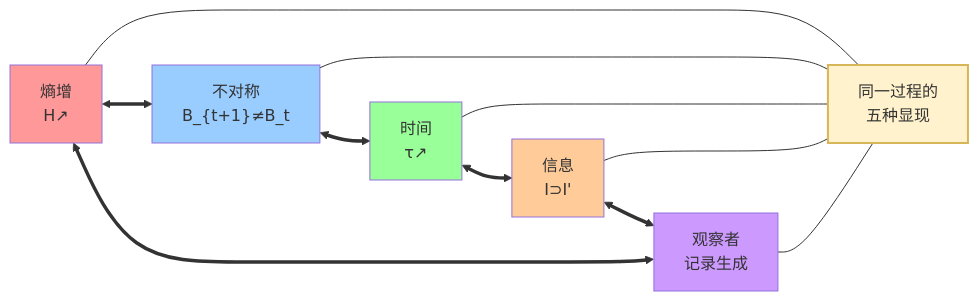
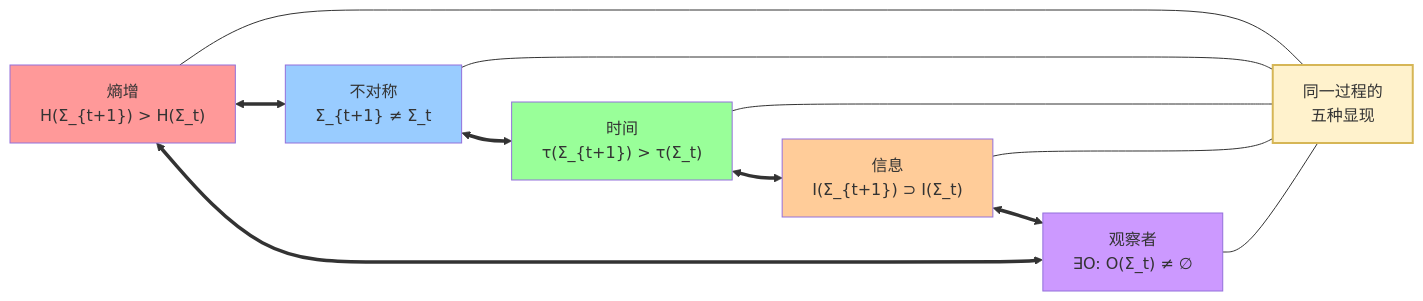
The third of 13 diagrams in docs/appendix_visual.md (loning/zeckendorf-hilbert), drawn with Mermaid before and after one commit. The commit also changed other lines of this file and 11 other files, not shown here.

````diff
--- a/docs/appendix_visual.md
+++ b/docs/appendix_visual.md
@@ -45,21 +49,21 @@
 ```mermaid
 graph LR
-    A["熵增<br/>H↗"] <==> B["不对称<br/>B_{t+1}≠B_t"]
-    B <==> C["时间<br/>τ↗"]
-    C <==> D["信息<br/>I⊃I'"]
-    D <==> E["观察者<br/>记录生成"]
+    A["熵增<br/>H(Σ_{t+1}) > H(Σ_t)"] <==> B["不对称<br/>Σ_{t+1} ≠ Σ_t"]
+    B <==> C["时间<br/>τ(Σ_{t+1}) > τ(Σ_t)"]
+    C <==> D["信息<br/>I(Σ_{t+1}) ⊃ I(Σ_t)"]
+    D <==> E["观察者<br/>∃O: O(Σ_t) ≠ ∅"]
     E <==> A
     
     A --- F["同一过程的<br/>五种显现"]
     B --- F
     C --- F
     D --- F
     E --- F
     
     style F fill:#fff2cc,stroke:#d6b656,stroke-width:2px
     style A fill:#ff9999
     style B fill:#99ccff
     style C fill:#99ff99
     style D fill:#ffcc99
     style E fill:#cc99ff
 ```
````
